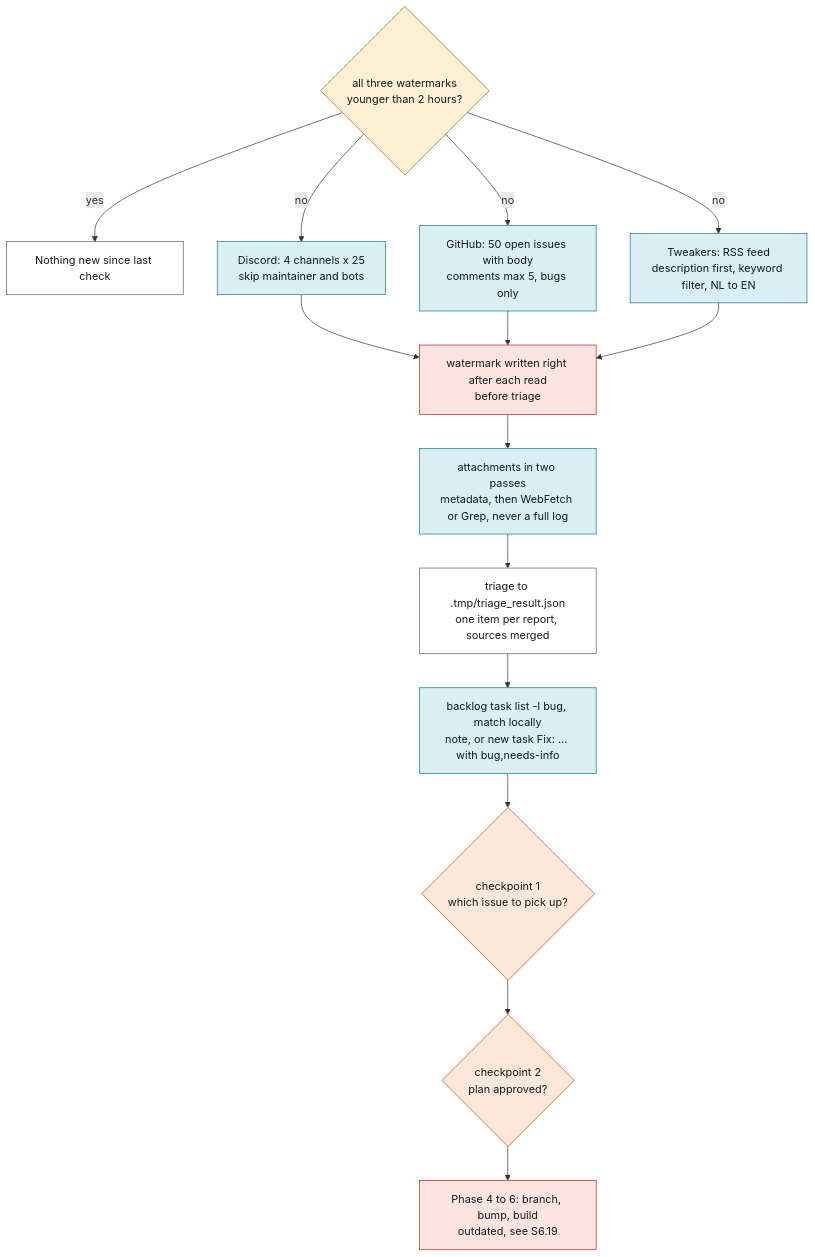
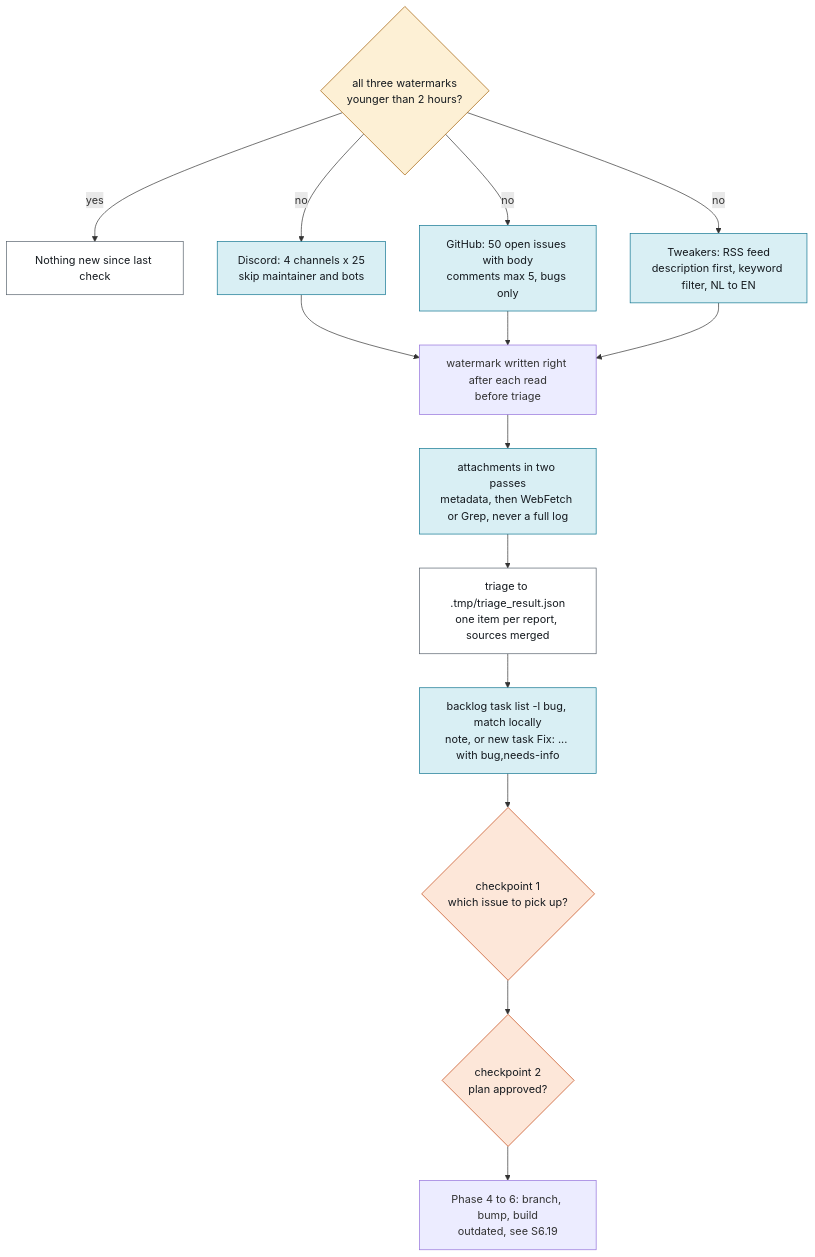
One commit to rvdbreemen/OTGW-firmware changed diagram 19 of 50 in docs/process/agentic-setup.md. Above: the diagram before and after it, drawn with Mermaid. The commit also changed other lines of this file and 1 other file, not shown here.

````diff
--- a/docs/process/agentic-setup.md
+++ b/docs/process/agentic-setup.md
@@ -1126,23 +1237,23 @@
 ```mermaid
 flowchart TD
   classDef agent fill:#d9eff4,stroke:#0e7490,color:#151a1f
   classDef gate fill:#fdf0d5,stroke:#a15c00,color:#151a1f
   classDef human fill:#fde7d9,stroke:#c2410c,color:#151a1f
   classDef store fill:#ffffff,stroke:#56616c,color:#151a1f
   classDef stop fill:#fde4e1,stroke:#b42318,color:#151a1f
   E{"all three watermarks<br/>younger than 2 hours?"}:::gate
   STOP["Nothing new since last check"]:::store
   D["Discord: 4 channels x 25<br/>skip maintainer and bots"]:::agent
   G["GitHub: 50 open issues with body<br/>comments max 5, bugs only"]:::agent
   T["Tweakers: RSS feed<br/>description first, keyword filter, NL to EN"]:::agent
-  W["watermark written right after each read<br/>before triage"]:::stop
+  W["watermark written right after each read<br/>before triage"]:::risk
   A["attachments in two passes<br/>metadata, then WebFetch or Grep, never a full log"]:::agent
   TR["triage to .tmp/triage_result.json<br/>one item per report, sources merged"]:::store
   BL["backlog task list -l bug, match locally<br/>note, or new task Fix: ... with bug,needs-info"]:::agent
   CP1{"checkpoint 1<br/>which issue to pick up?"}:::human
   CP2{"checkpoint 2<br/>plan approved?"}:::human
-  FIX["Phase 4 to 6: branch, bump, build<br/>outdated, see S6.19"]:::stop
+  FIX["Phase 4 to 6: branch, bump, build<br/>outdated, see S6.19"]:::risk
   E -->|"yes"| STOP
   E -->|"no"| D & G & T
   D & G & T --> W --> A --> TR --> BL --> CP1 --> CP2 --> FIX
 ```
````
